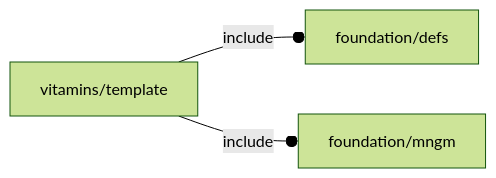
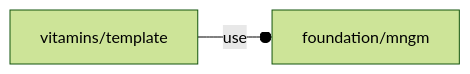
Before and after one commit to ggabbiani/OFL: the diagram in orthodocs/vitamins/template.md, drawn with Mermaid (forest theme). The commit also changed 74 other files, not shown here.

````diff
--- a/orthodocs/vitamins/template.md
+++ b/orthodocs/vitamins/template.md
@@ -5,5 +5,4 @@
 ```mermaid
 graph LR
-    A1[vitamins/template] --o|include| A2[foundation/defs]
-    A1 --o|include| A3[foundation/mngm]
+    A1[vitamins/template] --o|use| A2[foundation/mngm]
 ```
````
